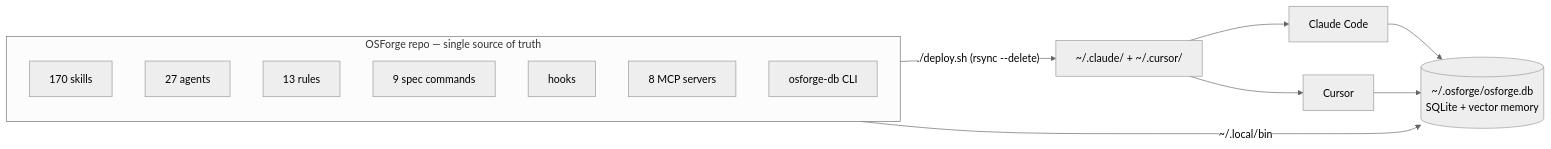
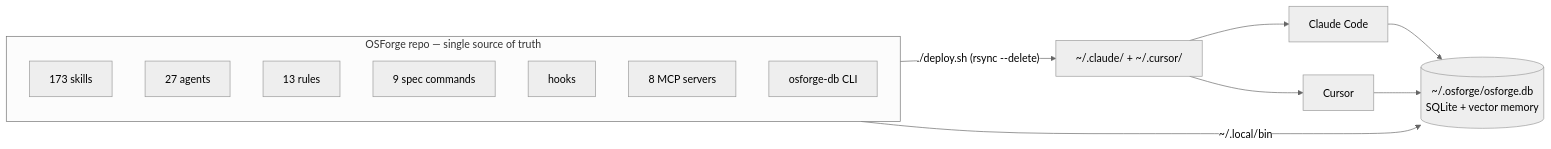
Before and after one commit to plocemourasouza/osforge: the first of 5 diagrams in README.md, drawn with Mermaid (neutral theme). The commit also changed other lines of this file and 11 other files, not shown here.

````diff
--- a/README.md
+++ b/README.md
@@ -50,19 +50,19 @@
 ```mermaid
 flowchart LR
   subgraph REPO["OSForge repo — single source of truth"]
     direction TB
-    SK["170 skills"]
+    SK["173 skills"]
     AG["27 agents"]
     RU["13 rules"]
     CM["9 spec commands"]
     HK["hooks"]
     MC["8 MCP servers"]
     DBCLI["osforge-db CLI"]
   end
   REPO -->|"./deploy.sh (rsync --delete)"| HOME["~/.claude/ + ~/.cursor/"]
   HOME --> CC["Claude Code"]
   HOME --> CU["Cursor"]
   DBCLI -->|"~/.local/bin"| STATE[("~/.osforge/osforge.db<br/>SQLite + vector memory")]
   CC --> STATE
   CU --> STATE
 ```
````
